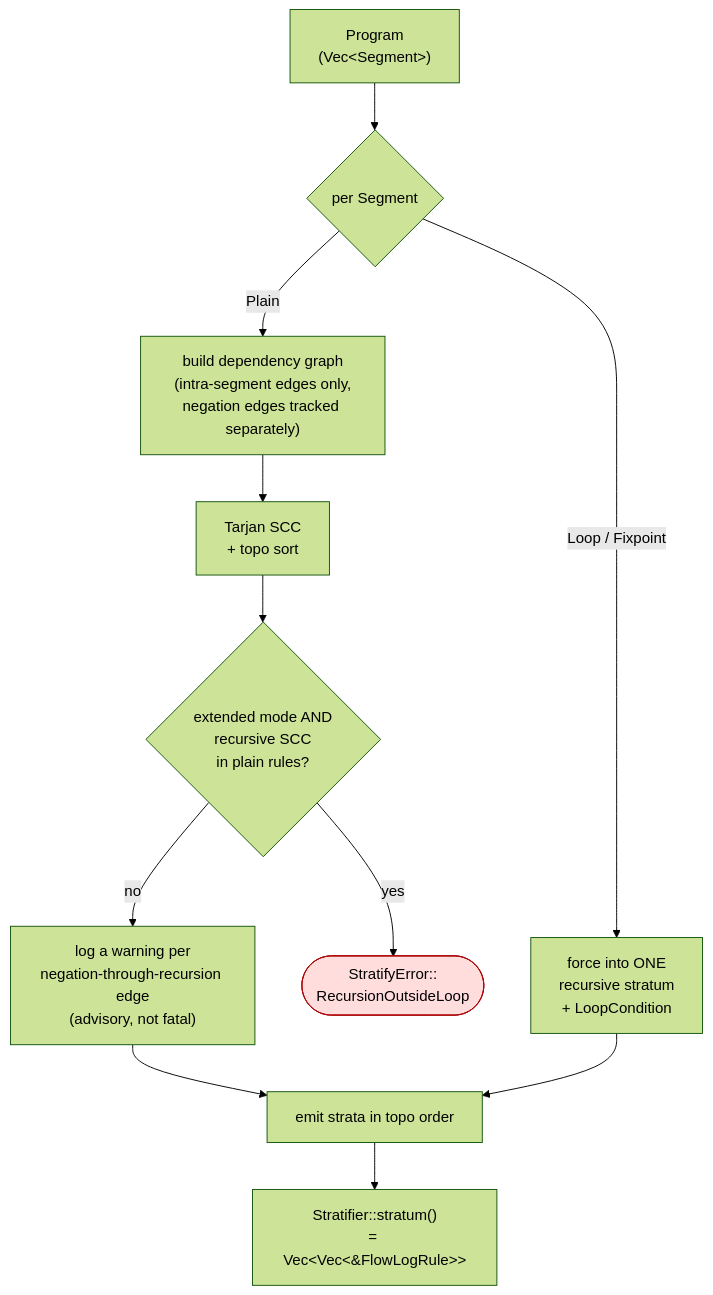
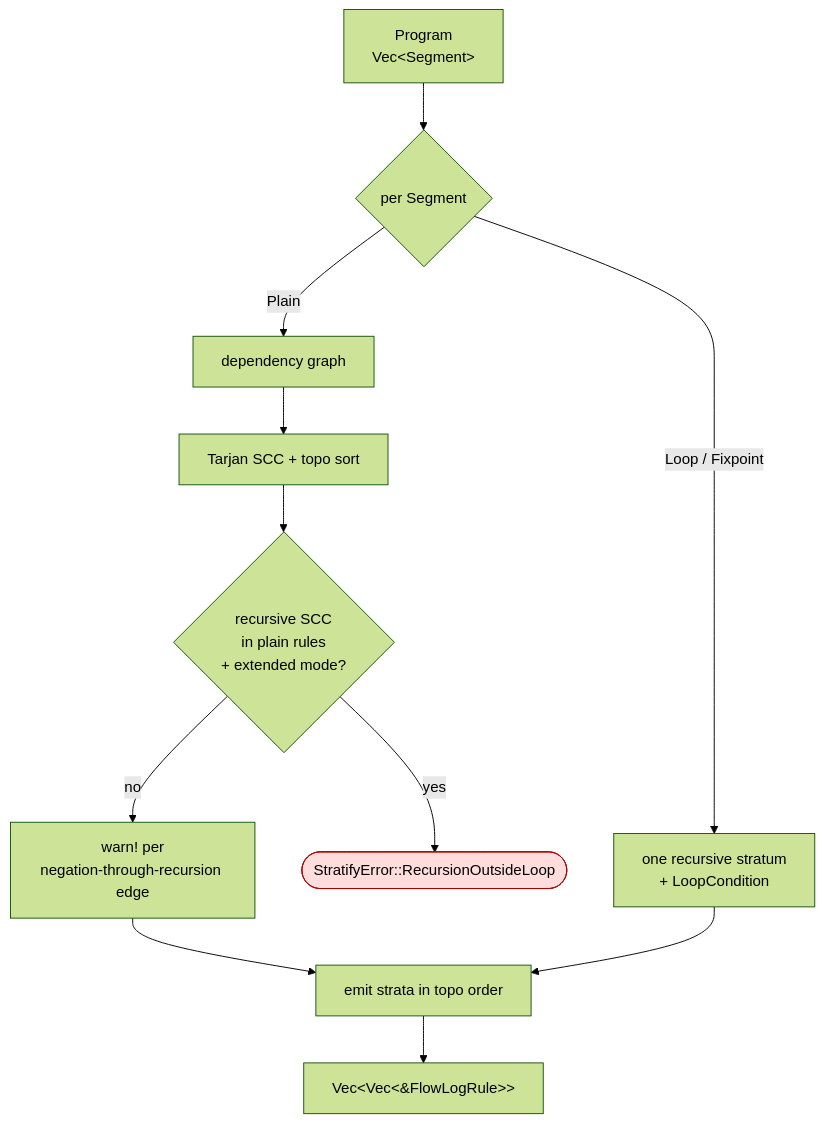
The diagram in crates/flowlog-build/src/stratifier/README.md (flowlog-rs/flowlog), drawn with Mermaid (forest theme) before and after one commit. The commit also changed other lines of this file and 12 other files, not shown here.

````diff
--- a/crates/flowlog-build/src/stratifier/README.md
+++ b/crates/flowlog-build/src/stratifier/README.md
@@ -24,16 +13,14 @@
 ```mermaid
 flowchart TD
-    PROG["Program<br/>(Vec&lt;Segment&gt;)"] --> SEG{"per Segment"}
-    SEG -->|"Plain"| DG["build dependency graph<br/>(intra-segment edges only,<br/>negation edges tracked separately)"]
-    SEG -->|"Loop / Fixpoint"| FORCE["force into ONE<br/>recursive stratum<br/>+ LoopCondition"]
-    DG --> SCC["Tarjan SCC<br/>+ topo sort"]
-    SCC --> NEGCHK{"extended mode AND<br/>recursive SCC<br/>in plain rules?"}
-    NEGCHK -->|"yes"| ERR(["StratifyError::<br/>RecursionOutsideLoop"])
-    NEGCHK -->|"no"| WARN["log a warning per<br/>negation-through-recursion edge<br/>(advisory, not fatal)"]
-    WARN --> EM["emit strata in topo order"]
-    FORCE --> EM
-    EM --> OUT["Stratifier::stratum()<br/>= Vec&lt;Vec&lt;&amp;FlowLogRule&gt;&gt;"]
-
+    prog[Program<br/>Vec&lt;Segment&gt;] --> seg{per Segment}
+    seg -->|Plain| dg[dependency graph]
+    seg -->|Loop / Fixpoint| force[one recursive stratum<br/>+ LoopCondition]
+    dg --> scc[Tarjan SCC + topo sort]
+    scc --> chk{recursive SCC<br/>in plain rules<br/>+ extended mode?}
+    chk -->|yes| err([StratifyError::RecursionOutsideLoop]):::bad
+    chk -->|no| warn[warn! per<br/>negation-through-recursion edge]
+    warn --> emit[emit strata in topo order]
+    force --> emit
+    emit --> out[Vec&lt;Vec&lt;&amp;FlowLogRule&gt;&gt;]
     classDef bad fill:#fdd,stroke:#a00
-    class ERR bad
 ```
````
